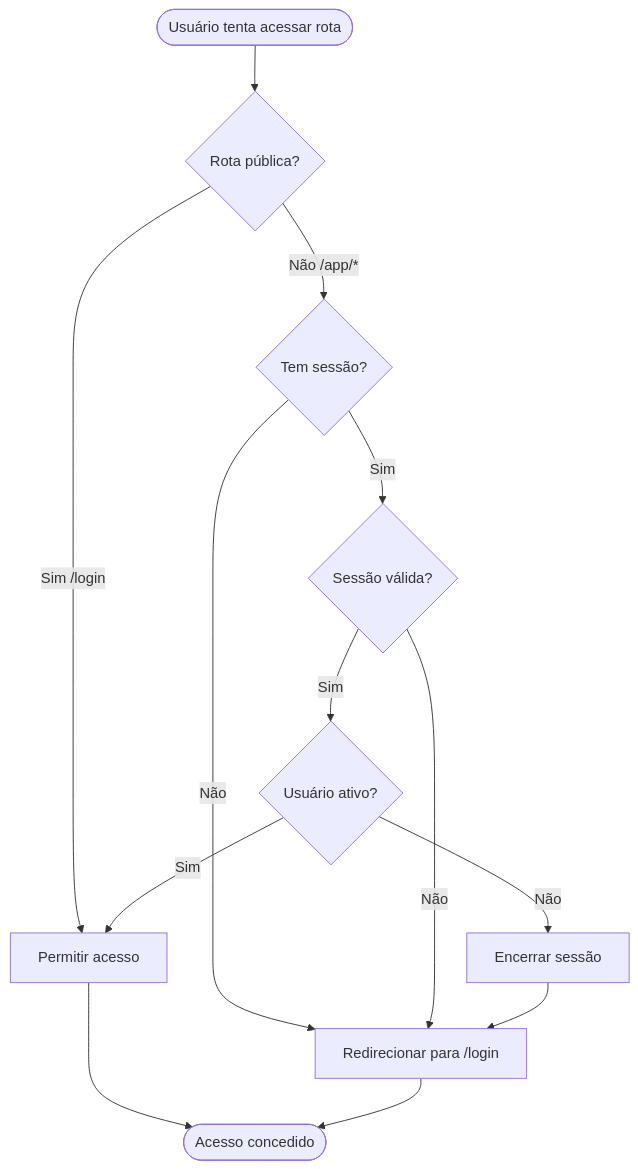
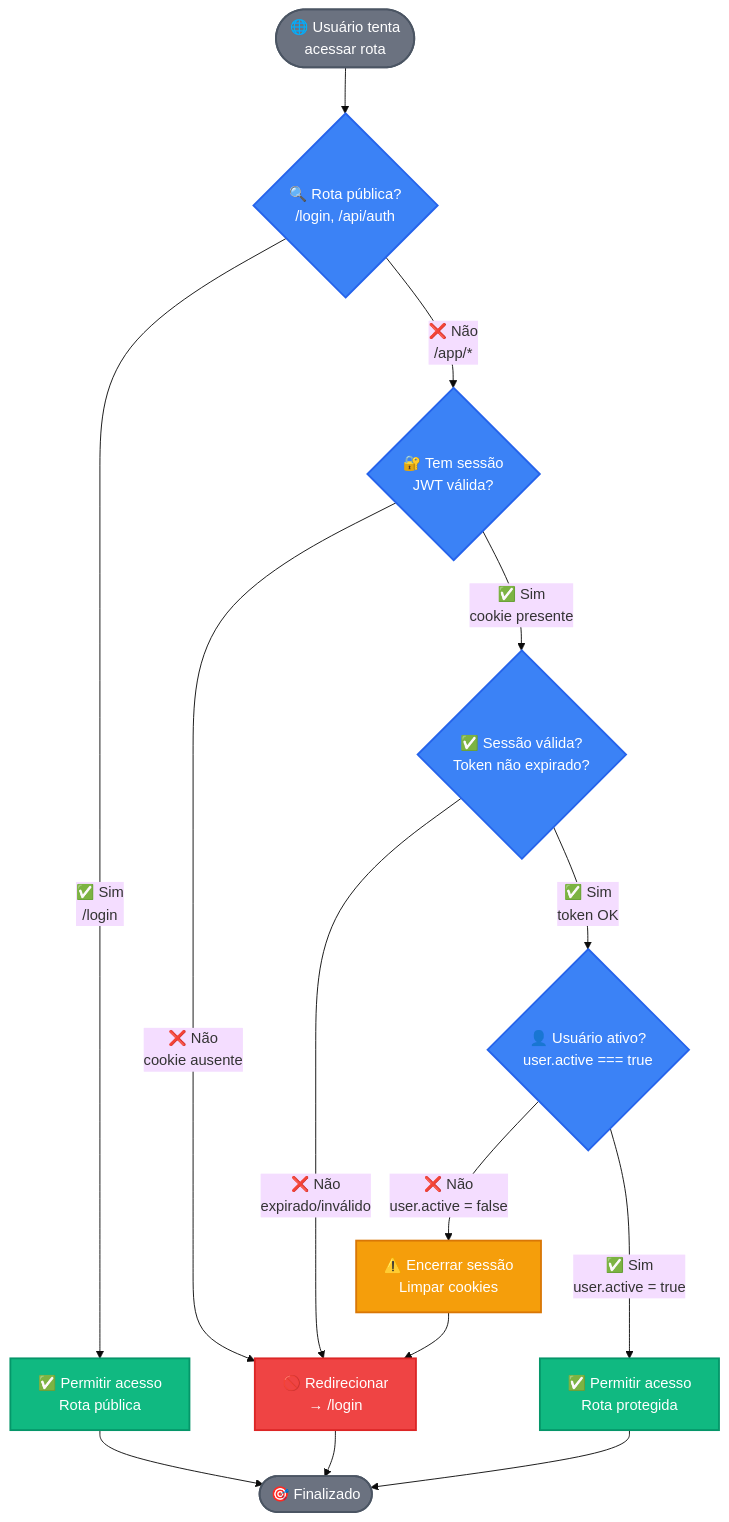
Before and after one commit to lucasrawlison/barberapp: the second of 2 diagrams in docs/01-architecture/authentication.md, drawn with Mermaid. The commit also changed other lines of this file and 2 other files, not shown here.

Commit message:
alteração nos diagramas

````diff
--- a/docs/01-architecture/authentication.md
+++ b/docs/01-architecture/authentication.md
@@ -640,14 +686,56 @@
 ```mermaid
+%%{init: {'theme':'base', 'flowchart':{'curve':'basis'}}}%%
 flowchart TD
-    Start([Usuário tenta acessar rota]) --> CheckRoute{Rota pública?}
-    CheckRoute -->|Sim /login| Allow[Permitir acesso]
-    CheckRoute -->|Não /app/*| CheckSession{Tem sessão?}
-    CheckSession -->|Não| Redirect[Redirecionar para /login]
-    CheckSession -->|Sim| ValidateSession{Sessão válida?}
-    ValidateSession -->|Não| Redirect
-    ValidateSession -->|Sim| CheckActive{Usuário ativo?}
-    CheckActive -->|Não| Logout[Encerrar sessão] --> Redirect
-    CheckActive -->|Sim| Allow
-    Allow --> End([Acesso concedido])
+    Start([🌐 Usuário tenta<br/>acessar rota])
+    
+    CheckRoute{🔍 Rota pública?<br/>/login, /api/auth}
+    CheckSession{🔐 Tem sessão<br/>JWT válida?}
+    ValidateSession{✅ Sessão válida?<br/>Token não expirado?}
+    CheckActive{👤 Usuário ativo?<br/>user.active === true}
+    
+    AllowPublic[✅ Permitir acesso<br/>Rota pública]
+    AllowProtected[✅ Permitir acesso<br/>Rota protegida]
+    Redirect[🚫 Redirecionar<br/>→ /login]
+    Logout[⚠️ Encerrar sessão<br/>Limpar cookies]
+    
+    End([🎯 Finalizado])
+    
+    %% Fluxo Principal
+    Start --> CheckRoute
+    
+    %% Rota Pública
+    CheckRoute -->|✅ Sim<br/>/login| AllowPublic
+    AllowPublic --> End
+    
+    %% Rota Protegida
+    CheckRoute -->|❌ Não<br/>/app/*| CheckSession
+    
+    %% Verificação de Sessão
+    CheckSession -->|❌ Não<br/>cookie ausente| Redirect
+    CheckSession -->|✅ Sim<br/>cookie presente| ValidateSession
+    
+    %% Validação da Sessão
+    ValidateSession -->|❌ Não<br/>expirado/inválido| Redirect
+    ValidateSession -->|✅ Sim<br/>token OK| CheckActive
+    
+    %% Verificação de Usuário Ativo
+    CheckActive -->|❌ Não<br/>user.active = false| Logout
+    Logout --> Redirect
+    CheckActive -->|✅ Sim<br/>user.active = true| AllowProtected
+    AllowProtected --> End
+    
     Redirect --> End
+    
+    %% Estilos
+    classDef successClass fill:#10B981,stroke:#059669,stroke-width:2px,color:#fff
+    classDef errorClass fill:#EF4444,stroke:#DC2626,stroke-width:2px,color:#fff
+    classDef warningClass fill:#F59E0B,stroke:#D97706,stroke-width:2px,color:#fff
+    classDef decisionClass fill:#3B82F6,stroke:#2563EB,stroke-width:2px,color:#fff
+    classDef startEnd fill:#6B7280,stroke:#4B5563,stroke-width:2px,color:#fff
+    
+    class AllowPublic,AllowProtected successClass
+    class Redirect errorClass
+    class Logout warningClass
+    class CheckRoute,CheckSession,ValidateSession,CheckActive decisionClass
+    class Start,End startEnd
 ```
````
